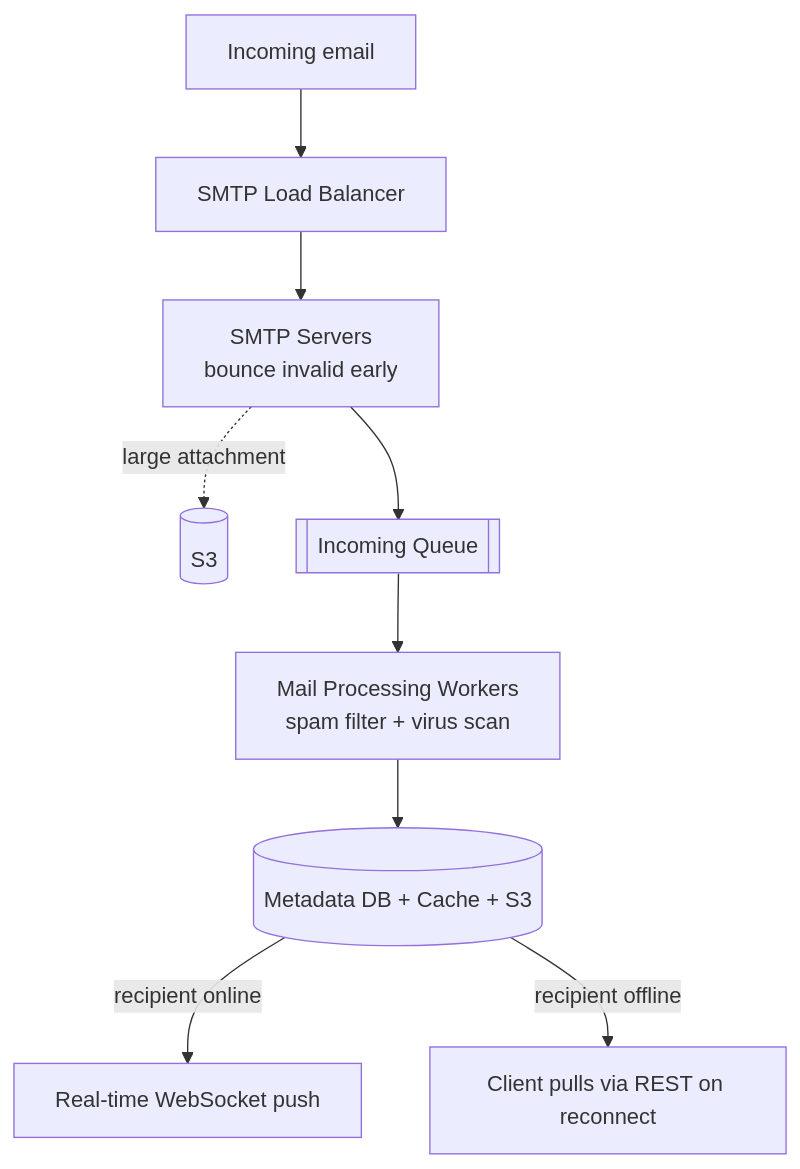
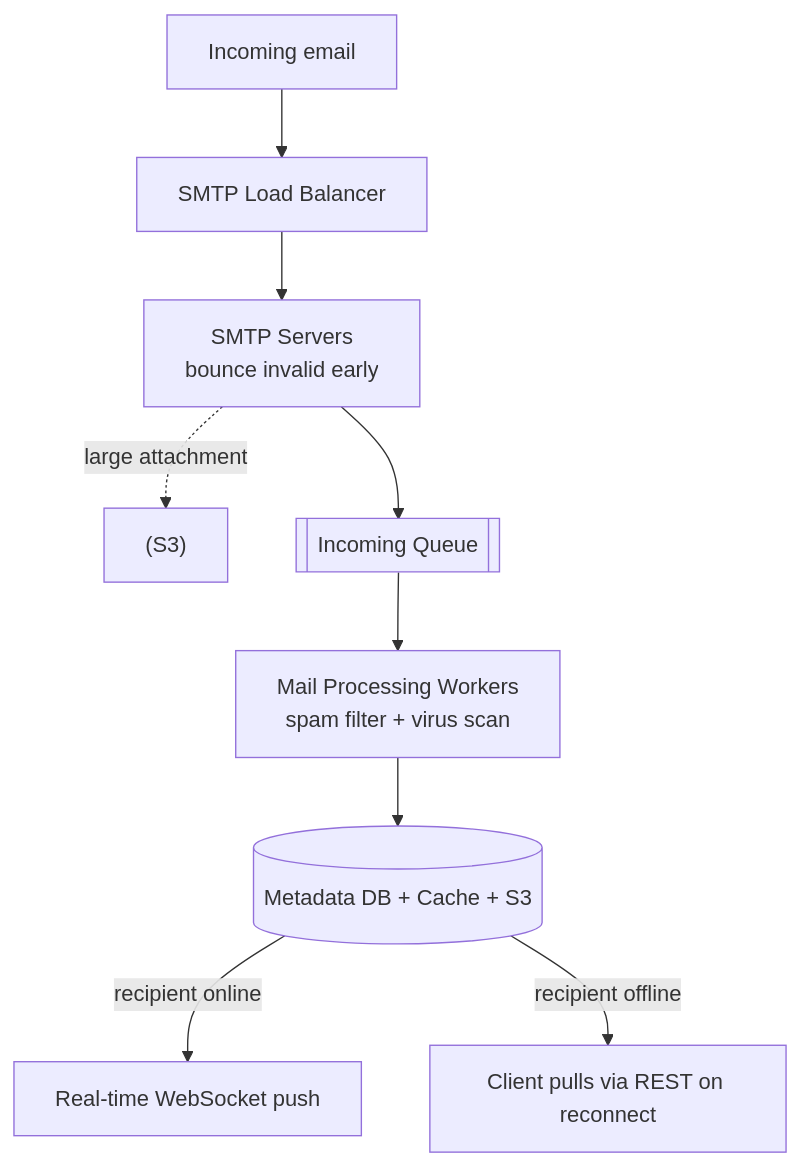
Before and after one commit to pankajThakur1874/studysheet: the third of 5 diagrams in files/System-Design-Questions/24-distributed_email_service_system_design.md, drawn with Mermaid. The commit also changed other lines of this file and 102 other files, not shown here.

Commit message:
Auto-fix Mermaid diagram syntax across all study guides to prevent Syntax Error in Mermaid v10

````diff
--- a/files/System-Design-Questions/24-distributed_email_service_system_design.md
+++ b/files/System-Design-Questions/24-distributed_email_service_system_design.md
@@ -194,11 +194,11 @@
 ```mermaid
 flowchart TD
     IN[Incoming email] --> SLB[SMTP Load Balancer]
-    SLB --> SMTP[SMTP Servers<br/>bounce invalid early]
-    SMTP -.large attachment.-> S3[(S3)]
+    SLB --> SMTP["SMTP Servers<br/>bounce invalid early"]
+    SMTP -.large attachment.-> S3["(S3)"]
     SMTP --> IQ[[Incoming Queue]]
-    IQ --> MPW[Mail Processing Workers<br/>spam filter + virus scan]
-    MPW --> STORE[(Metadata DB + Cache + S3)]
+    IQ --> MPW["Mail Processing Workers<br/>spam filter + virus scan"]
+    MPW --> STORE[("Metadata DB + Cache + S3")]
     STORE -->|recipient online| RTS[Real-time WebSocket push]
     STORE -->|recipient offline| PULL[Client pulls via REST on reconnect]
 ```
````
